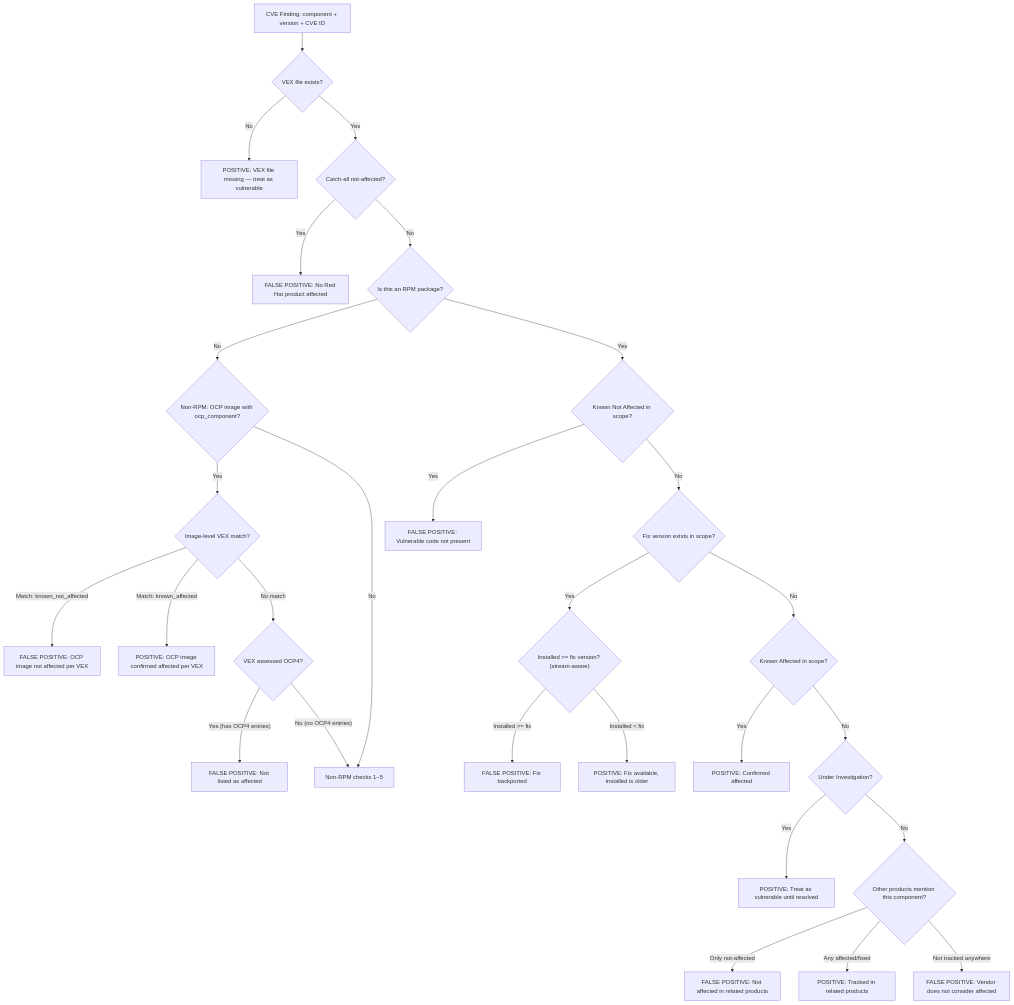
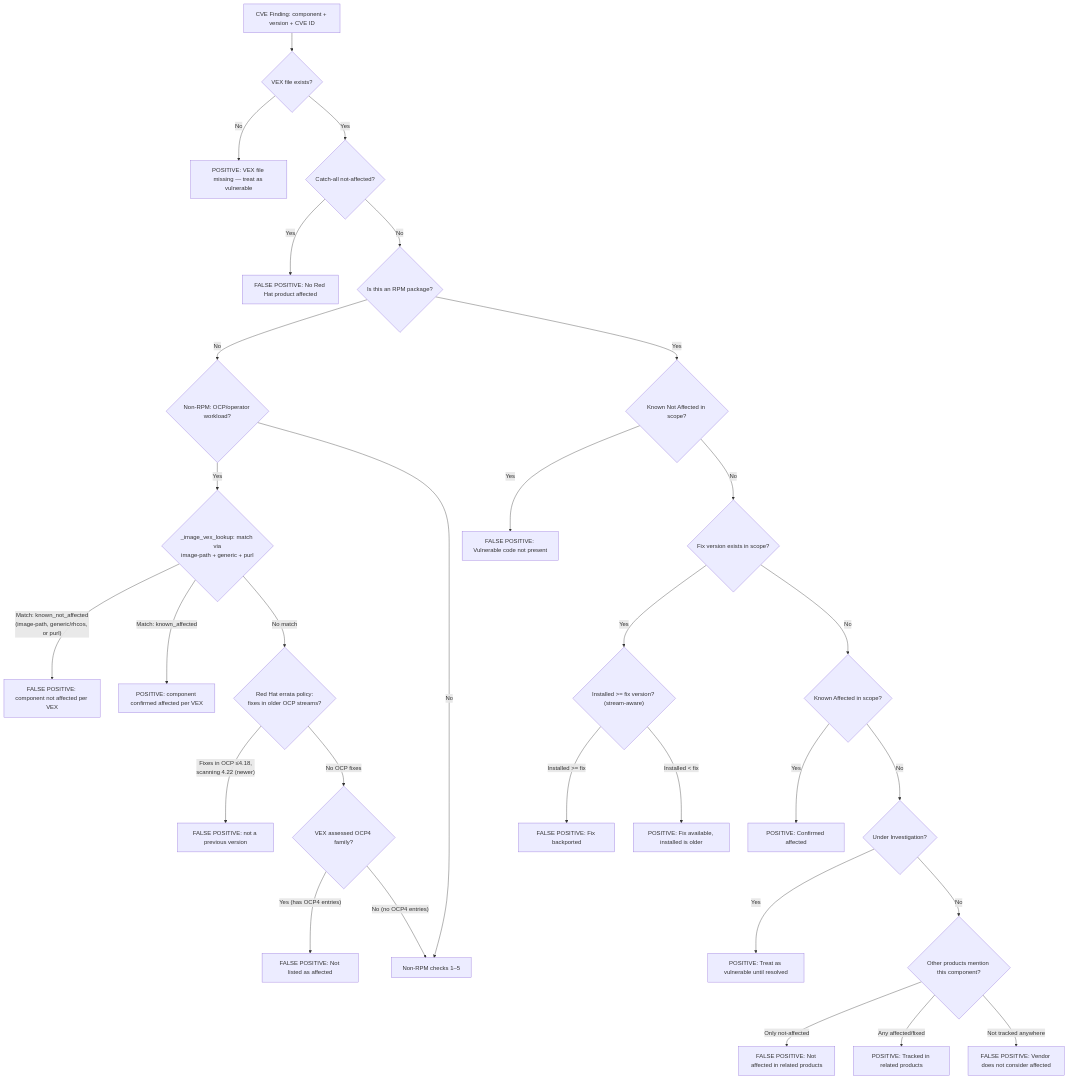
Before and after one commit to ralvares/rhacs-vex: the diagram in VEX_TRIAGE_EXPLAINER.md, drawn with Mermaid. The commit also changed other lines of this file and 1362 other files, not shown here.

````diff
--- a/VEX_TRIAGE_EXPLAINER.md
+++ b/VEX_TRIAGE_EXPLAINER.md
@@ -219,41 +231,44 @@
 ```mermaid
 graph TD
     START[CVE Finding: component + version + CVE ID] --> VEX_LOAD{VEX file exists?}
     VEX_LOAD -->|No| P1["POSITIVE: VEX file missing — treat as vulnerable"]
     VEX_LOAD -->|Yes| CATCHALL{Catch-all not-affected?}
     
     CATCHALL -->|Yes| FP1["FALSE POSITIVE: No Red Hat product affected"]
     CATCHALL -->|No| RPM{Is this an RPM package?}
     
-    RPM -->|No| NON_RPM{Non-RPM: OCP image with ocp_component?}
+    RPM -->|No| NON_RPM{Non-RPM: OCP/operator workload?}
     RPM -->|Yes| KNA{Known Not Affected in scope?}
 
-    NON_RPM -->|Yes| IMG_MATCH{Image-level VEX match?}
+    NON_RPM -->|Yes| IMG_MATCH{"_image_vex_lookup: match via<br/>image-path + generic + purl"}
     NON_RPM -->|No| NON_RPM_FALLBACK["Non-RPM checks 1–5"]
 
-    IMG_MATCH -->|"Match: known_not_affected"| FP_IMG["FALSE POSITIVE: OCP image not affected per VEX"]
-    IMG_MATCH -->|"Match: known_affected"| P_IMG["POSITIVE: OCP image confirmed affected per VEX"]
-    IMG_MATCH -->|No match| OCP4_ASSESSED{VEX assessed OCP4?}
+    IMG_MATCH -->|"Match: known_not_affected<br/>(image-path, generic/rhcos, or purl)"| FP_IMG["FALSE POSITIVE: component not affected per VEX"]
+    IMG_MATCH -->|"Match: known_affected"| P_IMG["POSITIVE: component confirmed affected per VEX"]
+    IMG_MATCH -->|No match| ERRATA{"Red Hat errata policy:<br/>fixes in older OCP streams?"}
+
+    ERRATA -->|"Fixes in OCP ≤4.18,<br/>scanning 4.22 (newer)"| FP_ERRATA["FALSE POSITIVE: not a previous version"]
+    ERRATA -->|"No OCP fixes"| OCP4_ASSESSED{VEX assessed OCP4 family?}
 
     OCP4_ASSESSED -->|"Yes (has OCP4 entries)"| FP_ABS["FALSE POSITIVE: Not listed as affected"]
     OCP4_ASSESSED -->|"No (no OCP4 entries)"| NON_RPM_FALLBACK
     
     KNA -->|Yes| FP2["FALSE POSITIVE: Vulnerable code not present"]
     KNA -->|No| FIXED{Fix version exists in scope?}
     
     FIXED -->|Yes| COMPARE{"Installed >= fix version? (stream-aware)"}
     FIXED -->|No| KA{Known Affected in scope?}
     
     COMPARE -->|Installed >= fix| FP3["FALSE POSITIVE: Fix backported"]
     COMPARE -->|Installed < fix| P2["POSITIVE: Fix available, installed is older"]
     
     KA -->|Yes| P3["POSITIVE: Confirmed affected"]
     KA -->|No| UI{Under Investigation?}
     
     UI -->|Yes| P4["POSITIVE: Treat as vulnerable until resolved"]
     UI -->|No| OTHER{Other products mention this component?}
     
     OTHER -->|Only not-affected| FP4["FALSE POSITIVE: Not affected in related products"]
     OTHER -->|Any affected/fixed| P5["POSITIVE: Tracked in related products"]
     OTHER -->|Not tracked anywhere| FP5["FALSE POSITIVE: Vendor does not consider affected"]
 ```
````
